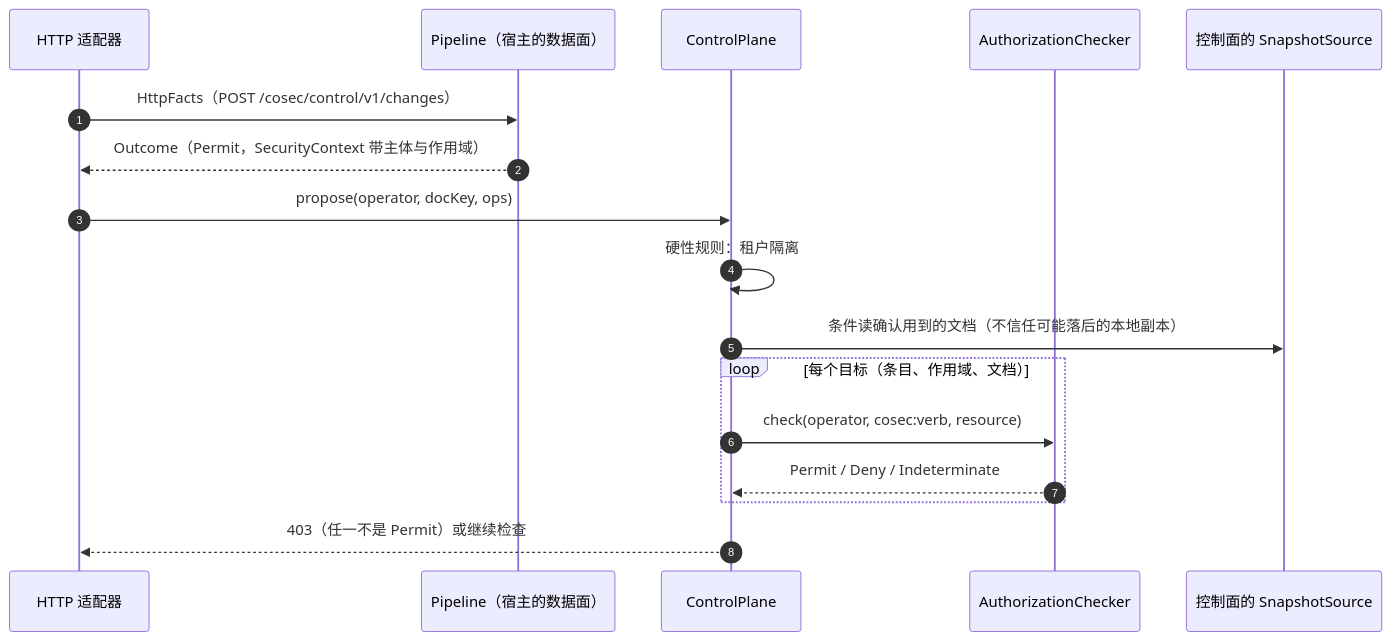
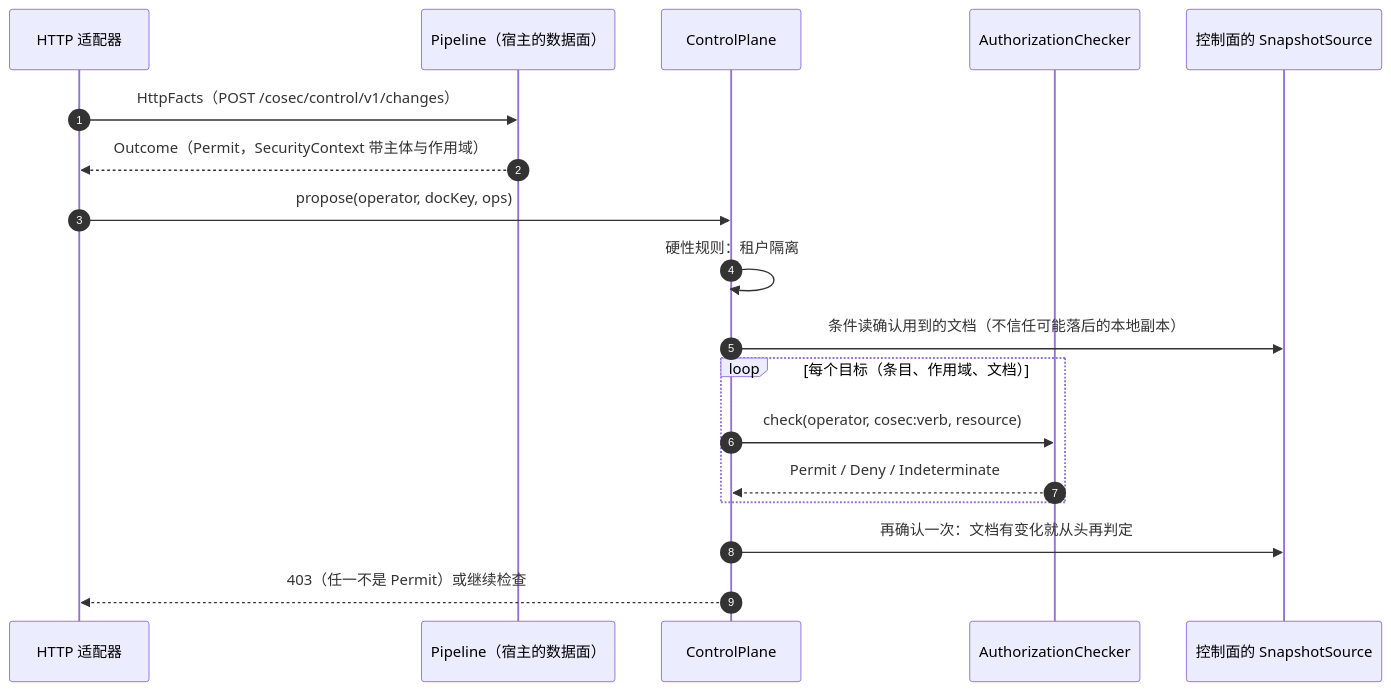
One commit to Ahoo-Wang/CoSec changed the second of 2 diagrams in docs/rfc/0007-control-plane.md. Above: the diagram before and after it, drawn with Mermaid. The commit also changed other lines of this file and 5 other files, not shown here.

````diff
--- a/docs/rfc/0007-control-plane.md
+++ b/docs/rfc/0007-control-plane.md
@@ -779,19 +642,20 @@
 ```mermaid
 sequenceDiagram
     autonumber
     participant H as HTTP 适配器
     participant P as Pipeline（宿主的数据面）
     participant C as ControlPlane
     participant K as AuthorizationChecker
     participant S as 控制面的 SnapshotSource
     H->>P: HttpFacts（POST /cosec/control/v1/changes）
     P-->>H: Outcome（Permit，SecurityContext 带主体与作用域）
     H->>C: propose(operator, docKey, ops)
     C->>C: 硬性规则：租户隔离
     C->>S: 条件读确认用到的文档（不信任可能落后的本地副本）
     loop 每个目标（条目、作用域、文档）
         C->>K: check(operator, cosec:verb, resource)
         K-->>C: Permit / Deny / Indeterminate
     end
+    C->>S: 再确认一次：文档有变化就从头再判定
     C-->>H: 403（任一不是 Permit）或继续检查
 ```
````
